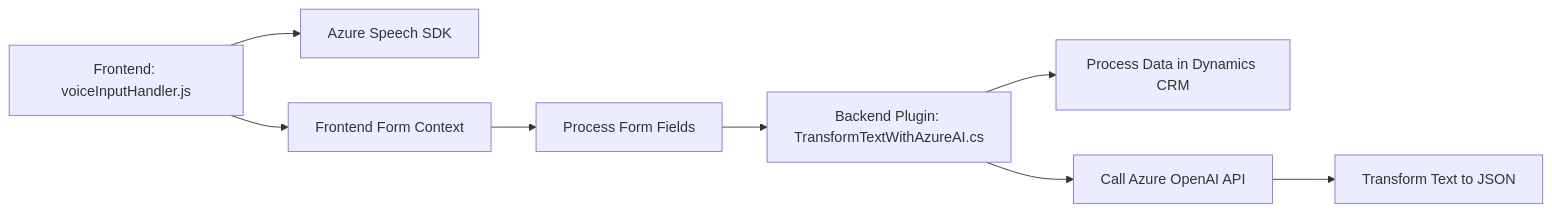
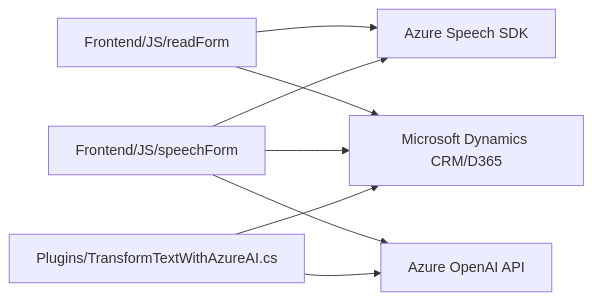
The diagram in README.md (blopezdm/NETCORE_BILBAO2025), drawn with Mermaid before and after one commit. The commit also changed other lines of this file, not shown here.

````diff
--- a/README.md
+++ b/README.md
@@ -32,10 +37,17 @@
 ```mermaid
 graph LR
-    A["Frontend: voiceInputHandler.js"] --> B["Azure Speech SDK"]
-    A --> C["Frontend Form Context"]
-    C --> D["Process Form Fields"]
-    D --> E["Backend Plugin: TransformTextWithAzureAI.cs"]
-    E --> F["Process Data in Dynamics CRM"]
-    E --> G["Call Azure OpenAI API"]
-    G --> H["Transform Text to JSON"]
+  A["Frontend/JS/readForm"]
+  B["Frontend/JS/speechForm"]
+  C["Plugins/TransformTextWithAzureAI.cs"]
+  D["Microsoft Dynamics CRM/D365"]
+  E["Azure Speech SDK"]
+  G["Azure OpenAI API"]
+
+  A --> E
+  B --> E
+  A --> D
+  B --> D
+  B --> G
+  C --> G
+  C --> D
 ```
````
